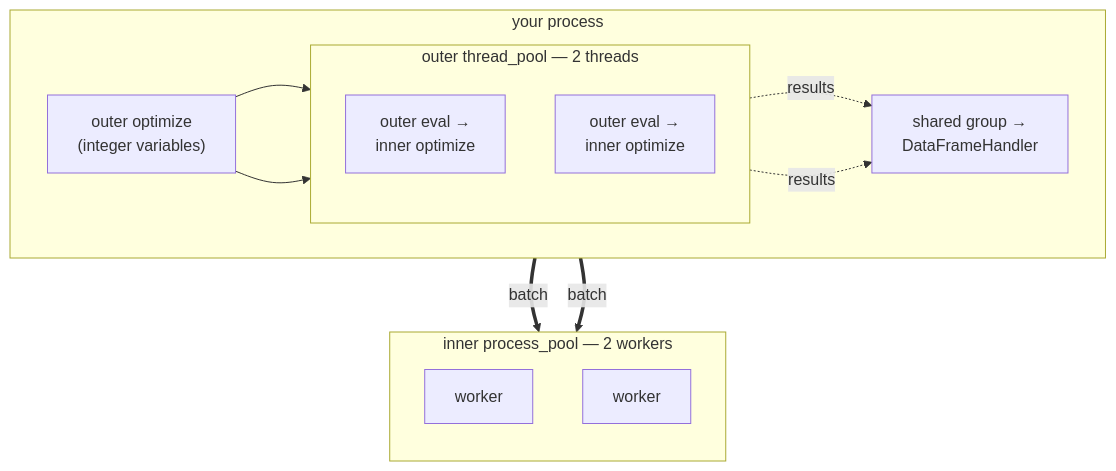
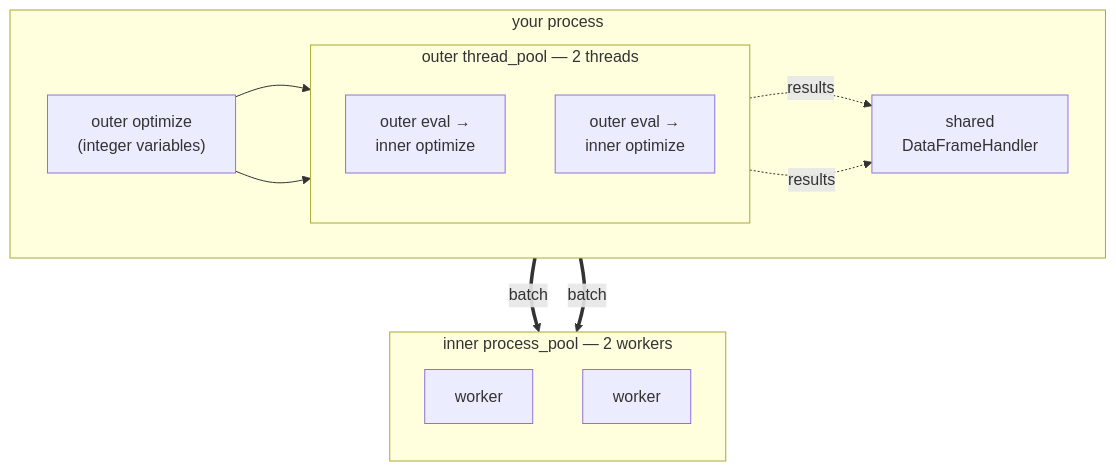
One commit to TNO-ropt/ropt changed the diagram in docs/running/nested.md. Above: the diagram before and after it, drawn with Mermaid. The commit also changed other lines of this file and 32 other files, not shown here.

Commit message:
Remove the event dispatcher and shared handler groups

````diff
--- a/docs/running/nested.md
+++ b/docs/running/nested.md
@@ -23,24 +23,24 @@
 ```mermaid
 flowchart TB
     subgraph proc["your process"]
         direction LR
         outer["outer optimize<br/>(integer variables)"]
         subgraph tpool["outer thread_pool — 2 threads"]
             direction TB
             in1["outer eval →<br/>inner optimize"]
             in2["outer eval →<br/>inner optimize"]
         end
-        grp["shared group →<br/>DataFrameHandler"]
+        grp["shared<br/>DataFrameHandler"]
         outer --> in1
         outer --> in2
         in1 -.->|"results"| grp
         in2 -.->|"results"| grp
     end
     subgraph ppool["inner process_pool — 2 workers"]
         direction TB
         w1["worker"]
         w2["worker"]
     end
     in1 ==>|"batch"| w1
     in2 ==>|"batch"| w2
 ```
````
